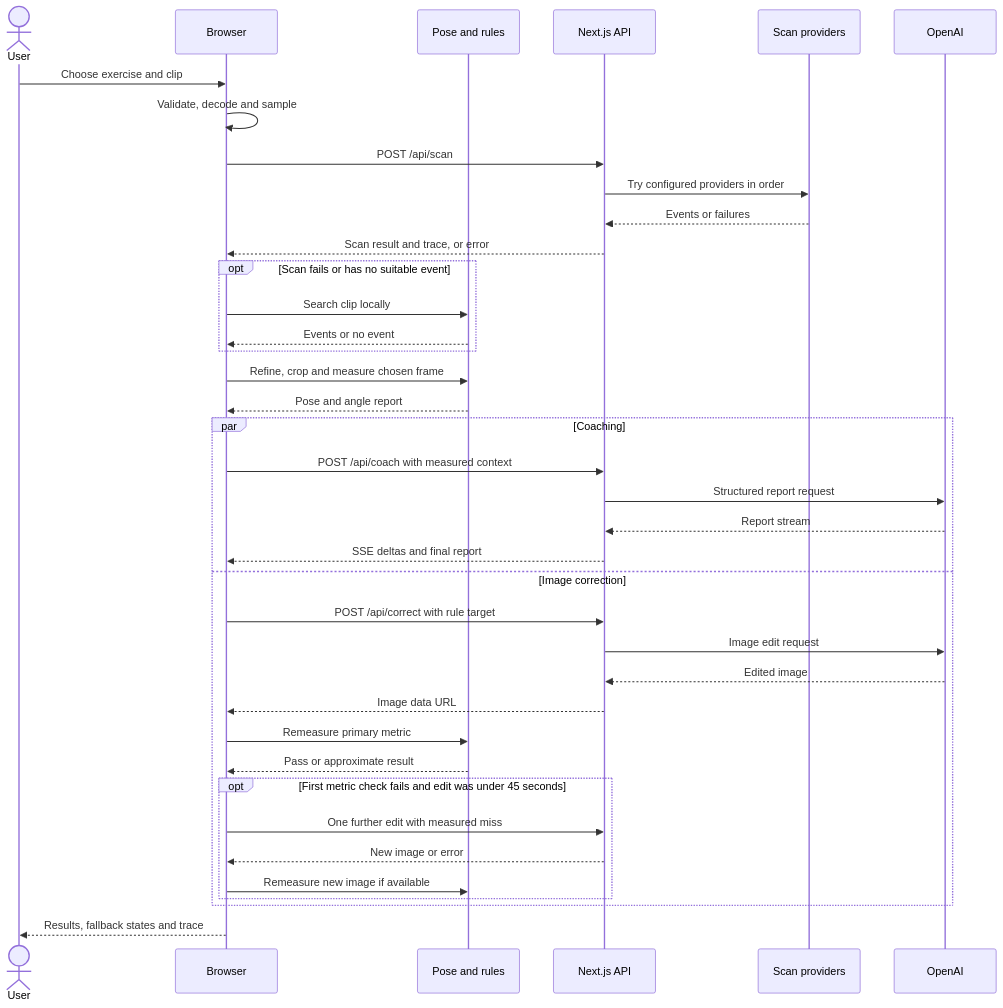
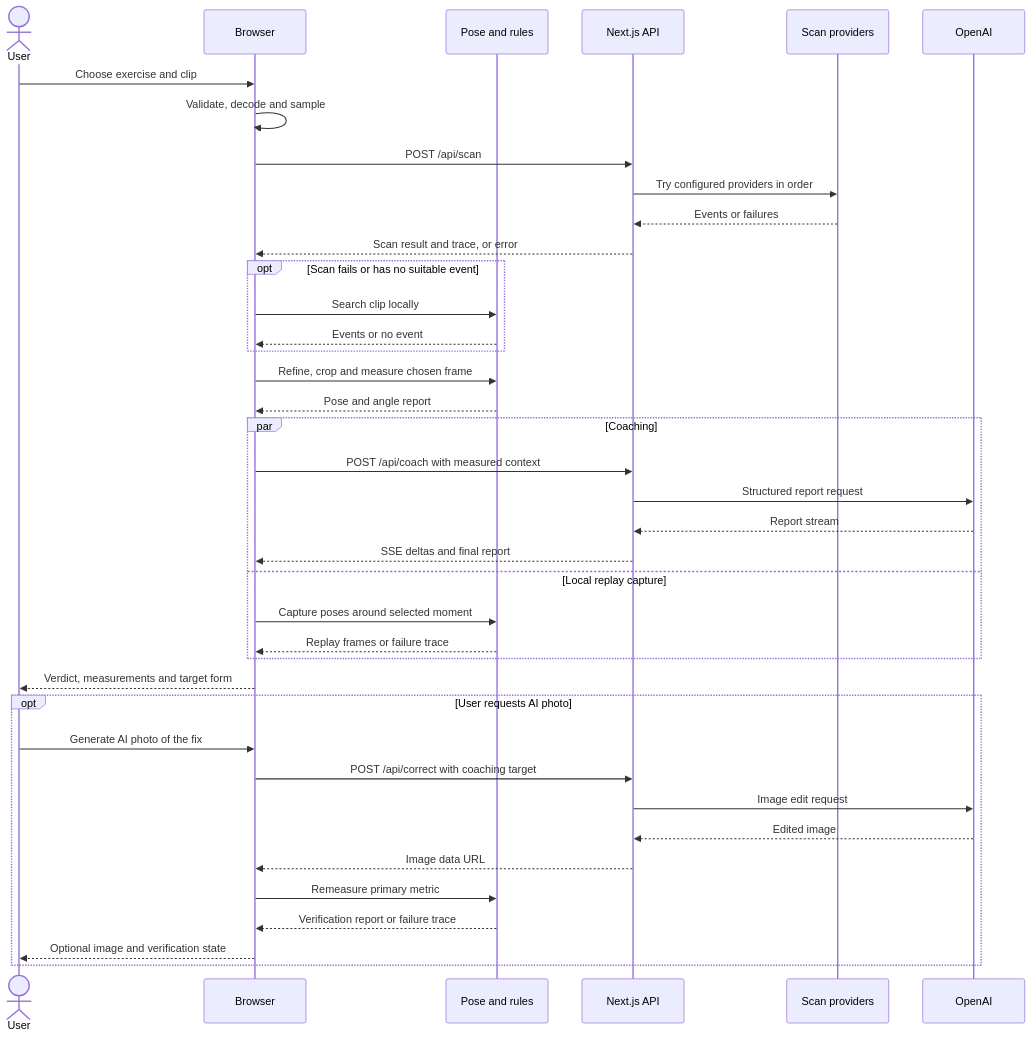
The second of 2 diagrams in ARCHITECTURE.md (Aerovity/Gymbro), drawn with Mermaid before and after one commit. The commit also changed other lines of this file and 1 other file, not shown here.

Commit message:
docs: refresh README and architecture for current analysis flow

````diff
--- a/ARCHITECTURE.md
+++ b/ARCHITECTURE.md
@@ -121,41 +121,42 @@
 ```mermaid
 sequenceDiagram
     actor User
     participant Browser
     participant Pose as Pose and rules
     participant API as Next.js API
     participant Scan as Scan providers
     participant AI as OpenAI
 
     User->>Browser: Choose exercise and clip
     Browser->>Browser: Validate, decode and sample
     Browser->>API: POST /api/scan
     API->>Scan: Try configured providers in order
     Scan-->>API: Events or failures
     API-->>Browser: Scan result and trace, or error
     opt Scan fails or has no suitable event
         Browser->>Pose: Search clip locally
         Pose-->>Browser: Events or no event
     end
     Browser->>Pose: Refine, crop and measure chosen frame
     Pose-->>Browser: Pose and angle report
     par Coaching
         Browser->>API: POST /api/coach with measured context
         API->>AI: Structured report request
         AI-->>API: Report stream
         API-->>Browser: SSE deltas and final report
-    and Image correction
-        Browser->>API: POST /api/correct with rule target
+    and Local replay capture
+        Browser->>Pose: Capture poses around selected moment
+        Pose-->>Browser: Replay frames or failure trace
+    end
+    Browser-->>User: Verdict, measurements and target form
+    opt User requests AI photo
+        User->>Browser: Generate AI photo of the fix
+        Browser->>API: POST /api/correct with coaching target
         API->>AI: Image edit request
         AI-->>API: Edited image
         API-->>Browser: Image data URL
         Browser->>Pose: Remeasure primary metric
-        Pose-->>Browser: Pass or approximate result
-        opt First metric check fails and edit was under 45 seconds
-            Browser->>API: One further edit with measured miss
-            API-->>Browser: New image or error
-            Browser->>Pose: Remeasure new image if available
-        end
+        Pose-->>Browser: Verification report or failure trace
+        Browser-->>User: Optional image and verification state
     end
-    Browser-->>User: Results, fallback states and trace
 ```
````
